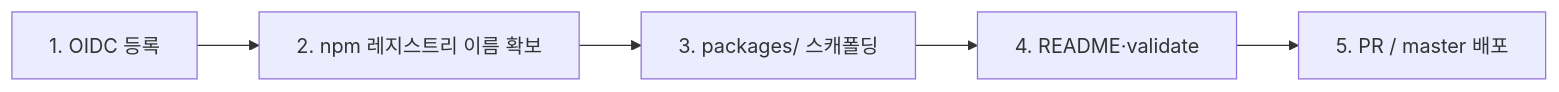
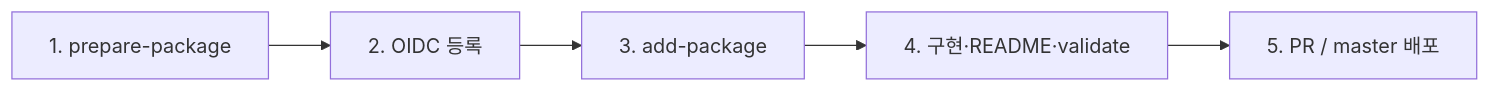
One commit to frograms/bistro-house changed the diagram in docs/ADDING_PACKAGE.md. Above: the diagram before and after it, drawn with Mermaid. The commit also changed other lines of this file and 94 other files, not shown here.

````diff
--- a/docs/ADDING_PACKAGE.md
+++ b/docs/ADDING_PACKAGE.md
@@ -23,7 +27,7 @@
 ```mermaid
 flowchart LR
-  A[1. OIDC 등록] --> B[2. npm 레지스트리 이름 확보]
-  B --> C[3. packages/ 스캐폴딩]
-  C --> D[4. README·validate]
+  A[1. prepare-package] --> B[2. OIDC 등록]
+  B --> C[3. add-package]
+  C --> D[4. 구현·README·validate]
   D --> E[5. PR / master 배포]
 ```
````
